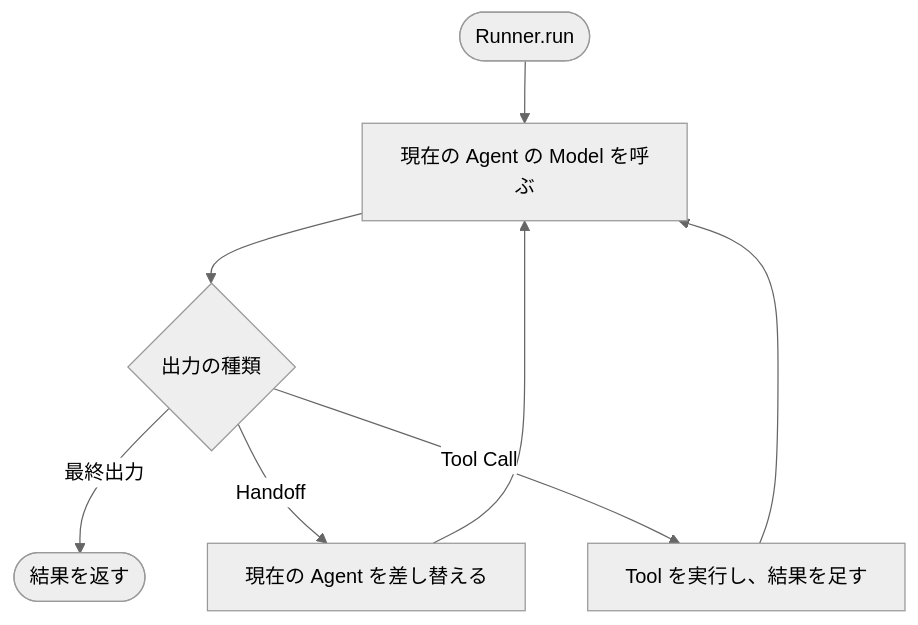
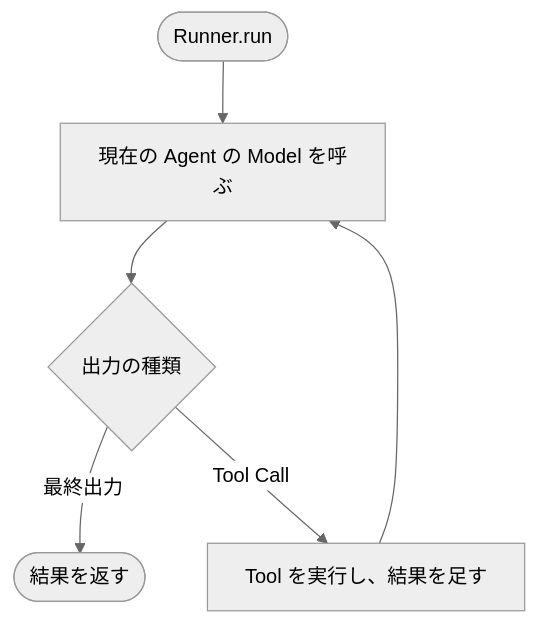
One commit to p1ass/blog changed the third of 4 diagrams in app/routes/posts/agent-concepts-and-modeling/index.mdx. Above: the diagram before and after it, drawn with Mermaid (neutral theme). The commit also changed other lines of this file and 2 other files, not shown here.

````diff
--- a/app/routes/posts/agent-concepts-and-modeling/index.mdx
+++ b/app/routes/posts/agent-concepts-and-modeling/index.mdx
@@ -170,10 +154,8 @@
 ```mermaid
 flowchart TD
   start([Runner.run]) --> invoke[現在の Agent の Model を呼ぶ]
   invoke --> kind{出力の種類}
   kind -->|最終出力| done([結果を返す])
-  kind -->|Handoff| swap[現在の Agent を差し替える]
-  swap --> invoke
   kind -->|Tool Call| exec[Tool を実行し、結果を足す]
   exec --> invoke
 ```
````
